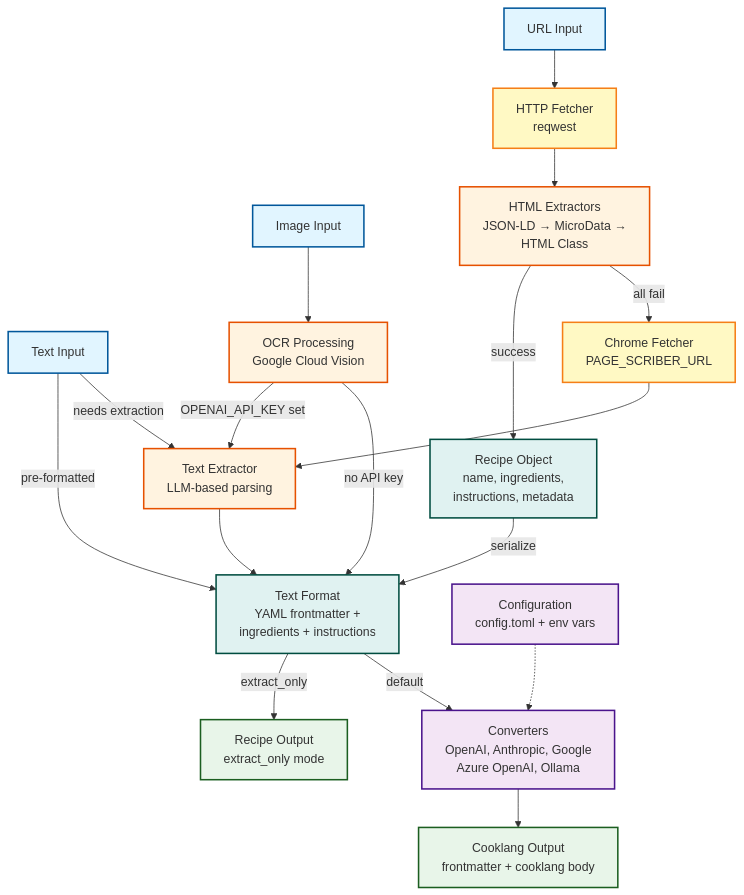
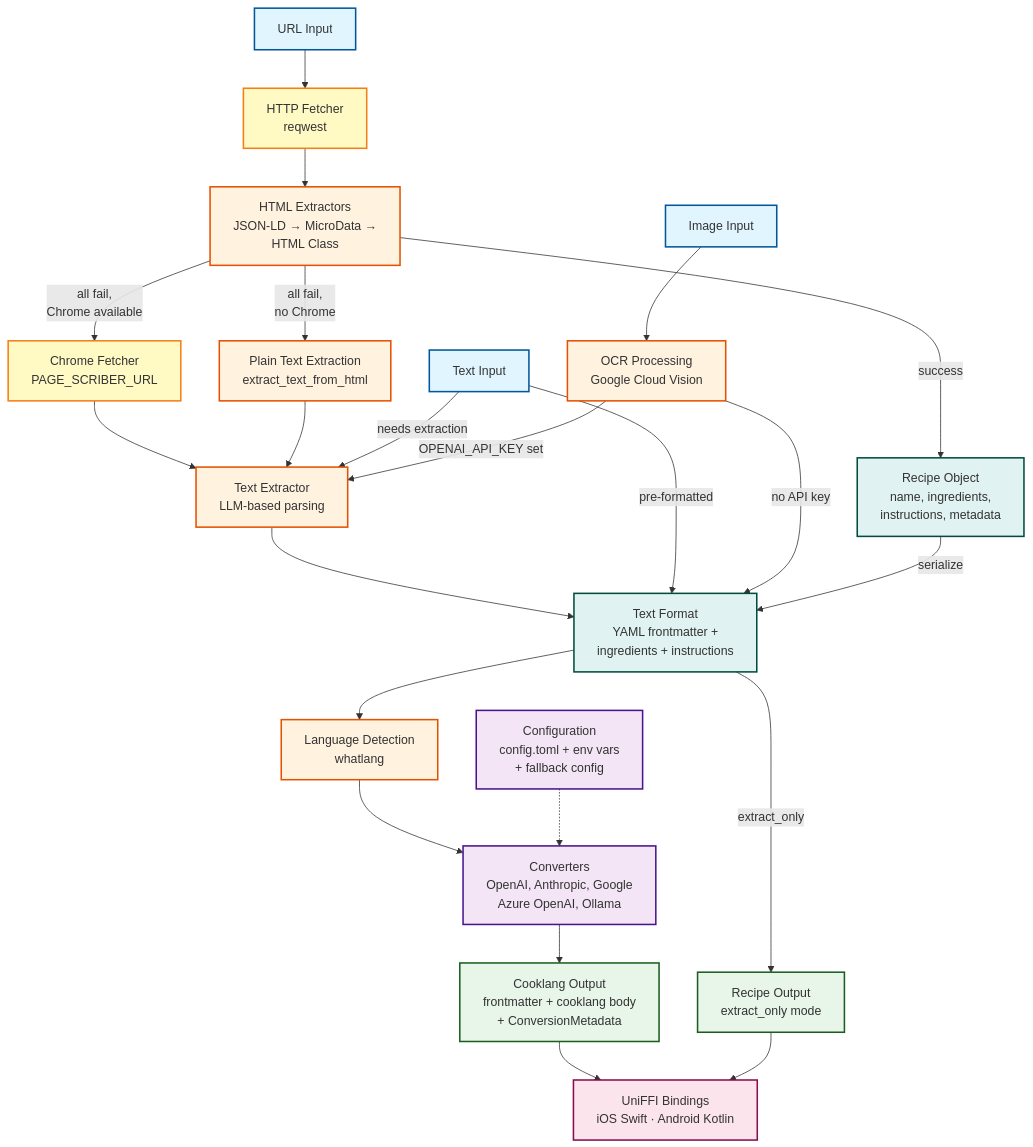
One commit to cooklang/cooklang-import changed the diagram in architecture.md. Above: the diagram before and after it, drawn with Mermaid. The commit also changed other lines of this file, not shown here.

First line of the commit message:
docs: update architecture diagram to reflect current codebase

````diff
--- a/architecture.md
+++ b/architecture.md
@@ -7,68 +7,82 @@
 ```mermaid
 flowchart TB
     %% Input Sources
     URL[URL Input]
     TEXT[Text Input]
     IMAGE[Image Input]
 
     %% Fetchers
     FETCH_REQ[HTTP Fetcher<br/>reqwest]
     FETCH_CHROME[Chrome Fetcher<br/>PAGE_SCRIBER_URL]
 
     %% Processing Stages
     EXTRACT_HTML[HTML Extractors<br/>JSON-LD → MicroData →<br/>HTML Class]
+    EXTRACT_PLAIN[Plain Text Extraction<br/>extract_text_from_html]
     EXTRACT_TEXT[Text Extractor<br/>LLM-based parsing]
+    LANG_DETECT[Language Detection<br/>whatlang]
     OCR[OCR Processing<br/>Google Cloud Vision]
 
     %% Intermediate State
     RECIPE[Recipe Object<br/>name, ingredients,<br/>instructions, metadata]
     TEXT_FORMAT[Text Format<br/>YAML frontmatter +<br/>ingredients + instructions]
 
     %% Configuration
-    CONFIG[Configuration<br/>config.toml + env vars]
+    CONFIG[Configuration<br/>config.toml + env vars<br/>+ fallback config]
 
     %% LLM Conversion
     CONVERTERS[Converters<br/>OpenAI, Anthropic, Google<br/>Azure OpenAI, Ollama]
 
     %% Output Modes
     RECIPE_OUT[Recipe Output<br/>extract_only mode]
-    COOKLANG_OUT[Cooklang Output<br/>frontmatter + cooklang body]
+    COOKLANG_OUT[Cooklang Output<br/>frontmatter + cooklang body<br/>+ ConversionMetadata]
+
+    %% FFI Layer
+    FFI[UniFFI Bindings<br/>iOS Swift · Android Kotlin]
 
     %% Flow connections
     URL --> FETCH_REQ
     FETCH_REQ --> EXTRACT_HTML
     EXTRACT_HTML --> |success| RECIPE
-    EXTRACT_HTML --> |all fail| FETCH_CHROME
+    EXTRACT_HTML --> |all fail,<br/>Chrome available| FETCH_CHROME
+    EXTRACT_HTML --> |all fail,<br/>no Chrome| EXTRACT_PLAIN
     FETCH_CHROME --> EXTRACT_TEXT
+    EXTRACT_PLAIN --> EXTRACT_TEXT
     EXTRACT_TEXT --> TEXT_FORMAT
 
     TEXT --> |pre-formatted| TEXT_FORMAT
     TEXT --> |needs extraction| EXTRACT_TEXT
 
     IMAGE --> OCR
     OCR --> |OPENAI_API_KEY set| EXTRACT_TEXT
     OCR --> |no API key| TEXT_FORMAT
 
     RECIPE --> |serialize| TEXT_FORMAT
 
     TEXT_FORMAT --> |extract_only| RECIPE_OUT
-    TEXT_FORMAT --> |default| CONVERTERS
+    TEXT_FORMAT --> LANG_DETECT
+    LANG_DETECT --> CONVERTERS
 
     CONFIG -.-> CONVERTERS
+
     CONVERTERS --> COOKLANG_OUT
+
+    COOKLANG_OUT --> FFI
+    RECIPE_OUT --> FFI
 
     %% Styling
     classDef inputStyle fill:#e1f5ff,stroke:#01579b,stroke-width:2px
     classDef fetchStyle fill:#fff9c4,stroke:#f57f17,stroke-width:2px
     classDef processStyle fill:#fff3e0,stroke:#e65100,stroke-width:2px
     classDef dataStyle fill:#e0f2f1,stroke:#004d40,stroke-width:2px
     classDef outputStyle fill:#e8f5e9,stroke:#1b5e20,stroke-width:2px
     classDef configStyle fill:#f3e5f5,stroke:#4a148c,stroke-width:2px
+    classDef ffiStyle fill:#fce4ec,stroke:#880e4f,stroke-width:2px
 
     class URL,TEXT,IMAGE inputStyle
     class FETCH_REQ,FETCH_CHROME fetchStyle
-    class EXTRACT_HTML,EXTRACT_TEXT,OCR processStyle
+    class EXTRACT_HTML,EXTRACT_PLAIN,EXTRACT_TEXT,LANG_DETECT,OCR processStyle
     class RECIPE,TEXT_FORMAT dataStyle
     class RECIPE_OUT,COOKLANG_OUT outputStyle
     class CONFIG,CONVERTERS configStyle
+    class FFI ffiStyle
 ```
````
